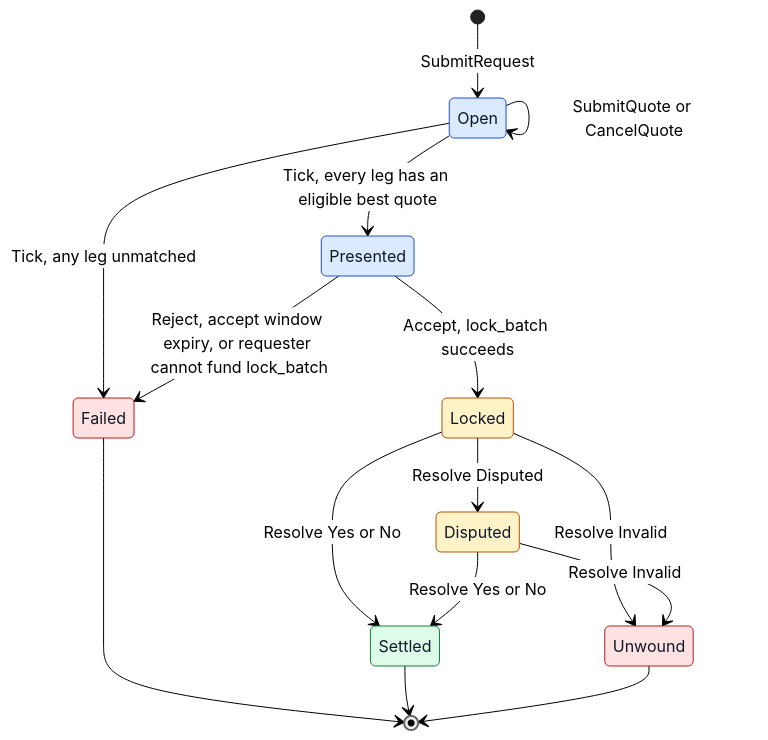
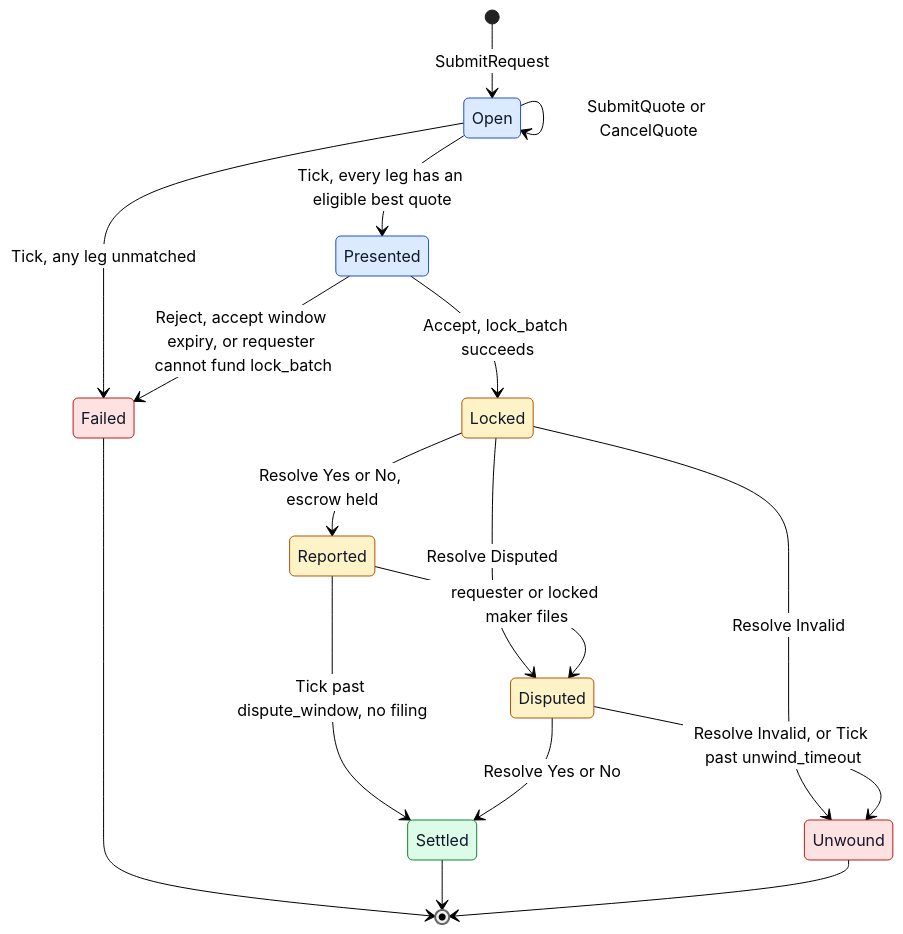
The fifth of 5 diagrams in docs/ARCHITECTURE.md (SwineCoder101/rfq-matching-settlement-engine), drawn with Mermaid (neutral theme) before and after one commit. The commit also changed other lines of this file and 21 other files, not shown here.

````diff
--- a/docs/ARCHITECTURE.md
+++ b/docs/ARCHITECTURE.md
@@ -152,26 +154,28 @@
 ```mermaid
 stateDiagram-v2
     [*] --> Open: SubmitRequest
     Open --> Open: SubmitQuote or CancelQuote
     Open --> Presented: Tick, every leg has an eligible best quote
     Open --> Failed: Tick, any leg unmatched
     Presented --> Locked: Accept, lock_batch succeeds
     Presented --> Failed: Reject, accept window expiry, or requester cannot fund lock_batch
-    Locked --> Settled: Resolve Yes or No
+    Locked --> Reported: Resolve Yes or No, escrow held
     Locked --> Disputed: Resolve Disputed
     Locked --> Unwound: Resolve Invalid
+    Reported --> Settled: Tick past dispute_window, no filing
+    Reported --> Disputed: requester or locked maker files
     Disputed --> Settled: Resolve Yes or No
-    Disputed --> Unwound: Resolve Invalid
+    Disputed --> Unwound: Resolve Invalid, or Tick past unwind_timeout
     Failed --> [*]
     Settled --> [*]
     Unwound --> [*]
 
     classDef inflight fill:#dbeafe,stroke:#1d4ed8,color:#0f172a
     classDef held fill:#fef3c7,stroke:#b45309,color:#0f172a
     classDef done fill:#dcfce7,stroke:#15803d,color:#0f172a
     classDef undone fill:#fee2e2,stroke:#b91c1c,color:#0f172a
     class Open,Presented inflight
-    class Locked,Disputed held
+    class Locked,Reported,Disputed held
     class Settled done
     class Failed,Unwound undone
 ```
````
